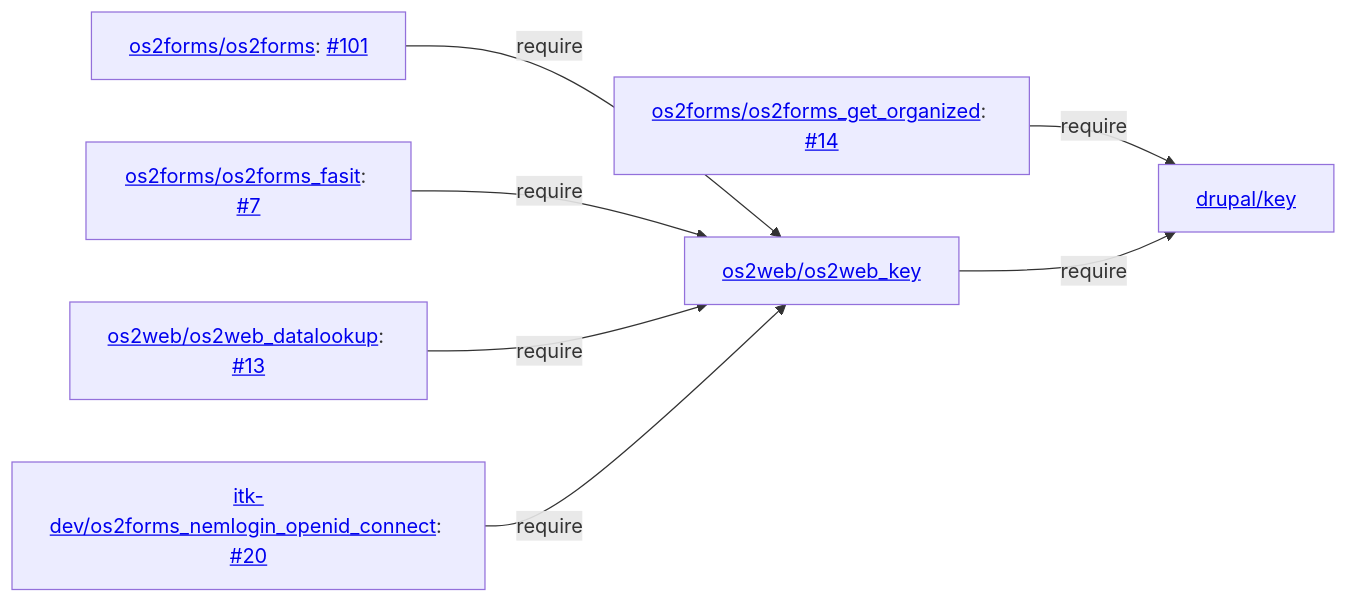
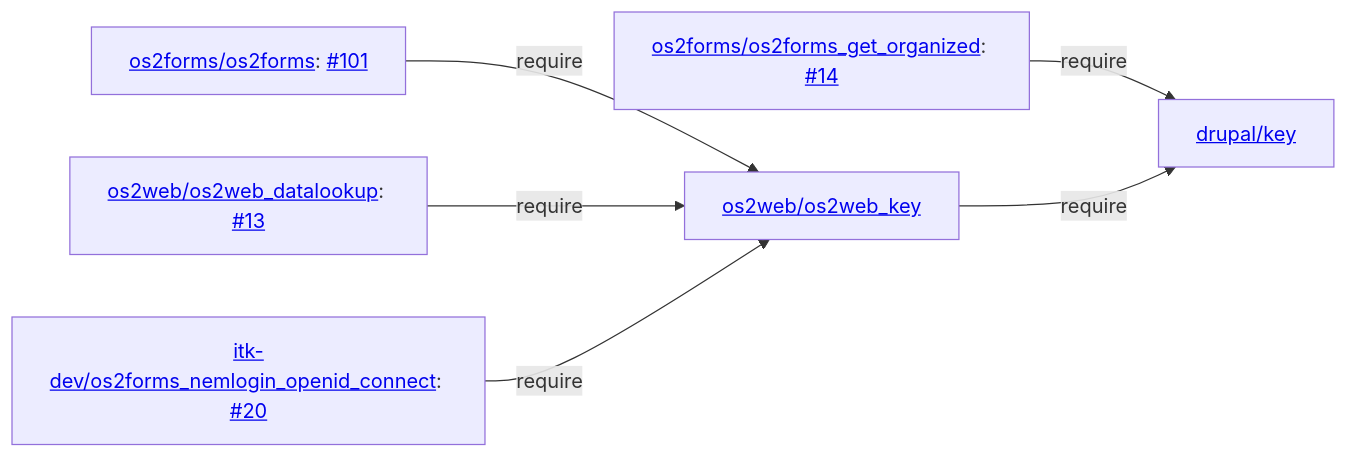
One commit to itk-dev/os2forms_selvbetjening changed the diagram in docs/Keys.md. Above: the diagram before and after it, drawn with Mermaid. The commit also changed other lines of this file, not shown here.

Commit message:
Reflected fasit moved to os2forms core in key docs

````diff
--- a/docs/Keys.md
+++ b/docs/Keys.md
@@ -79,15 +80,13 @@
 ```mermaid
 flowchart LR
   os2forms[<a href='https://github.com/OS2Forms/os2forms'>os2forms/os2forms</a>: <a href='https://github.com/OS2Forms/os2forms/pull/101'>#101</a>] -->|require| os2web_key[<a href='https://github.com/OS2web/os2web_key'>os2web/os2web_key</a>]
-
-  os2forms_fasit[<a href='https://github.com/itk-dev/os2forms_fasit'>os2forms/os2forms_fasit</a>: <a href='https://github.com/itk-dev/os2forms_fasit/pull/7'>#7</a>]  -->|require| os2web_key
 
   os2forms_get_organized[<a href='https://github.com/OS2Forms/os2forms_get_organized'>os2forms/os2forms_get_organized</a>: <a href='https://github.com/OS2Forms/os2forms_get_organized/pull/14'>#14</a>] -->|require| key[<a href='https://www.drupal.org/project/key'>drupal/key</a>]
 
   os2web_datalookup[<a href='https://github.com/OS2web/os2web_datalookup'>os2web/os2web_datalookup</a>: <a href='https://github.com/OS2web/os2web_datalookup/pull/13'>#13</a>] -->|require| os2web_key
 
   os2web_key -->|require| key
 
   os2forms_nemlogin_openid_connect[<a href='https://github.com/itk-dev/os2forms_nemlogin_openid_connect'>itk-dev/os2forms_nemlogin_openid_connect</a>: <a href='https://github.com/itk-dev/os2forms_nemlogin_openid_connect/pull/20'>#20</a>] -->|require| os2web_key
   %% os2forms_nemlogin_openid_connect -->|require| os2web_nemlogin[os2web/os2web_nemlogin]
 ```
````
